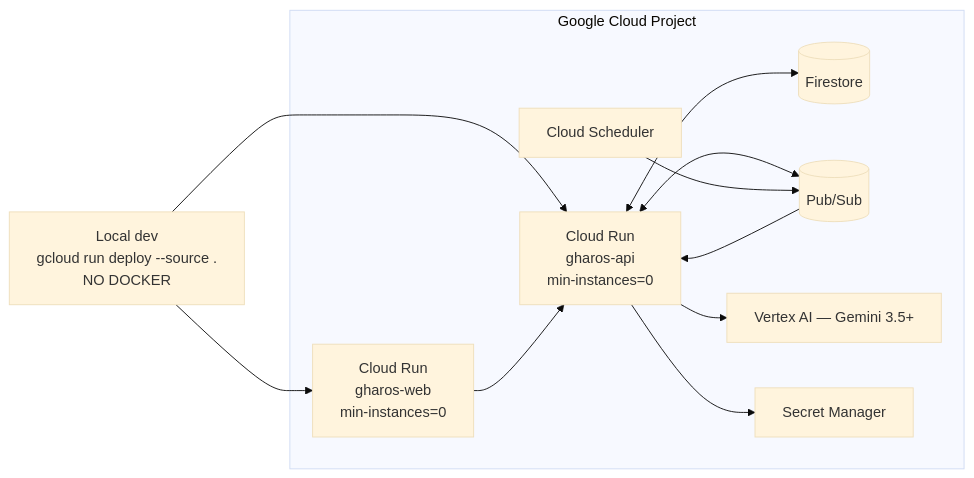
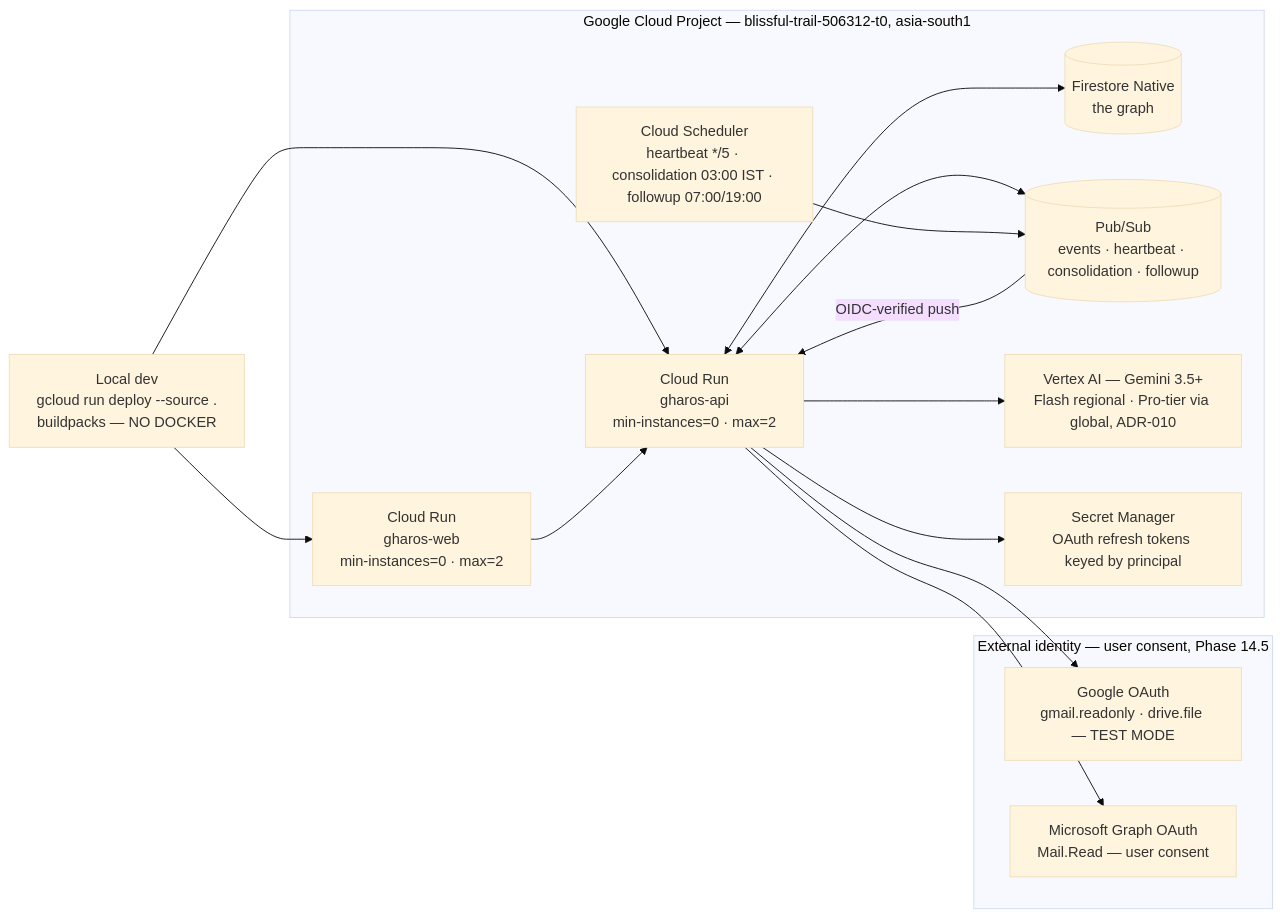
Before and after one commit to doshikaran/GharOS: the diagram in docs/diagrams/06-deployment.md, drawn with Mermaid (base theme). The commit also changed other lines of this file and 69 other files, not shown here.

First line of the commit message:
Phase 15: demo hardening, deploy proof, full demo seed (DEBT-004/013 struck)

````diff
--- a/docs/diagrams/06-deployment.md
+++ b/docs/diagrams/06-deployment.md
@@ -5,20 +5,26 @@
 ```mermaid
 flowchart LR
-    DEV[Local dev<br/>gcloud run deploy --source .<br/>NO DOCKER] --> CR1 & CR2
-    subgraph GCP[Google Cloud Project]
-        CR1[Cloud Run<br/>gharos-api<br/>min-instances=0]
-        CR2[Cloud Run<br/>gharos-web<br/>min-instances=0]
-        FS[(Firestore)]
-        PSB[(Pub/Sub)]
-        SCH[Cloud Scheduler]
-        VA[Vertex AI — Gemini 3.5+]
-        SM[Secret Manager]
+    DEV[Local dev<br/>gcloud run deploy --source .<br/>buildpacks — NO DOCKER] --> CR1 & CR2
+    subgraph GCP[Google Cloud Project — blissful-trail-506312-t0, asia-south1]
+        CR1[Cloud Run<br/>gharos-api<br/>min-instances=0 · max=2]
+        CR2[Cloud Run<br/>gharos-web<br/>min-instances=0 · max=2]
+        FS[(Firestore Native<br/>the graph)]
+        PSB[(Pub/Sub<br/>events · heartbeat · consolidation · followup)]
+        SCH[Cloud Scheduler<br/>heartbeat */5 · consolidation 03:00 IST · followup 07:00/19:00]
+        VA[Vertex AI — Gemini 3.5+<br/>Flash regional · Pro-tier via global, ADR-010]
+        SM[Secret Manager<br/>OAuth refresh tokens keyed by principal]
+    end
+    subgraph EXT[External identity — user consent, Phase 14.5]
+        GO[Google OAuth<br/>gmail.readonly · drive.file — TEST MODE]
+        MS[Microsoft Graph OAuth<br/>Mail.Read — user consent]
     end
     CR1 <--> FS
     CR1 <--> PSB
     CR1 --> VA
     CR1 --> SM
+    CR1 --> GO
+    CR1 --> MS
     SCH --> PSB
-    PSB --> CR1
+    PSB -->|OIDC-verified push| CR1
     CR2 --> CR1
 ```
````
